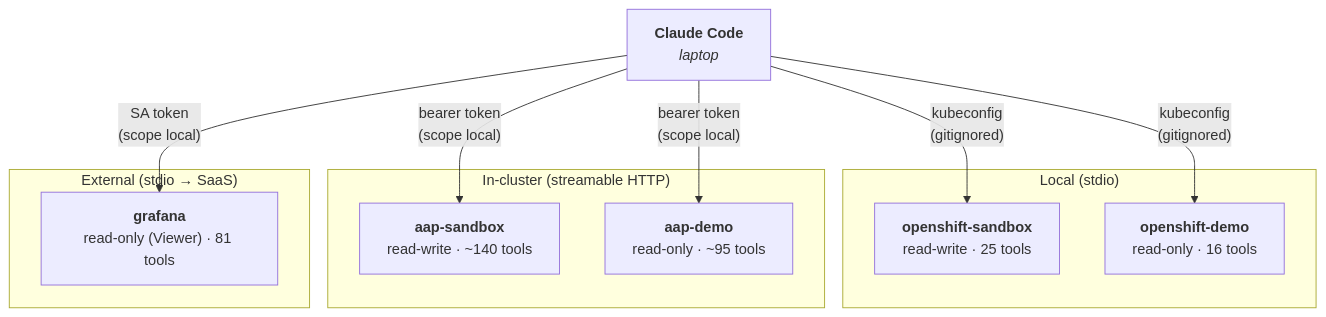
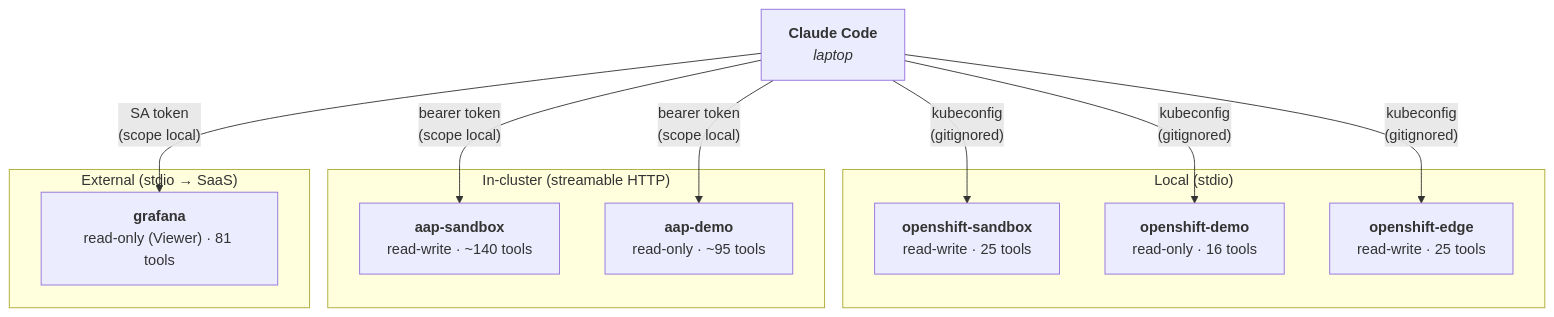
One commit to ericcames/sales.demos-docs changed the diagram in docs/demos/mcp-servers/architecture.md. Above: the diagram before and after it, drawn with Mermaid. The commit also changed other lines of this file and 27 other files, not shown here.

````diff
--- a/docs/demos/mcp-servers/architecture.md
+++ b/docs/demos/mcp-servers/architecture.md
@@ -15,24 +15,26 @@
 ```mermaid
 flowchart TD
     CC["<b>Claude Code</b><br/><i>laptop</i>"]
 
     subgraph local ["Local (stdio)"]
         OS["<b>openshift-sandbox</b><br/>read-write · 25 tools"]
         OD["<b>openshift-demo</b><br/>read-only · 16 tools"]
+        OE["<b>openshift-edge</b><br/>read-write · 25 tools"]
     end
 
     subgraph cluster ["In-cluster (streamable HTTP)"]
         AS["<b>aap-sandbox</b><br/>read-write · ~140 tools"]
         AD["<b>aap-demo</b><br/>read-only · ~95 tools"]
     end
 
     subgraph external ["External (stdio → SaaS)"]
         GR["<b>grafana</b><br/>read-only (Viewer) · 81 tools"]
     end
 
     CC -->|"kubeconfig<br/>(gitignored)"| OS
     CC -->|"kubeconfig<br/>(gitignored)"| OD
+    CC -->|"kubeconfig<br/>(gitignored)"| OE
     CC -->|"bearer token<br/>(scope local)"| AS
     CC -->|"bearer token<br/>(scope local)"| AD
     CC -->|"SA token<br/>(scope local)"| GR
 ```
````
